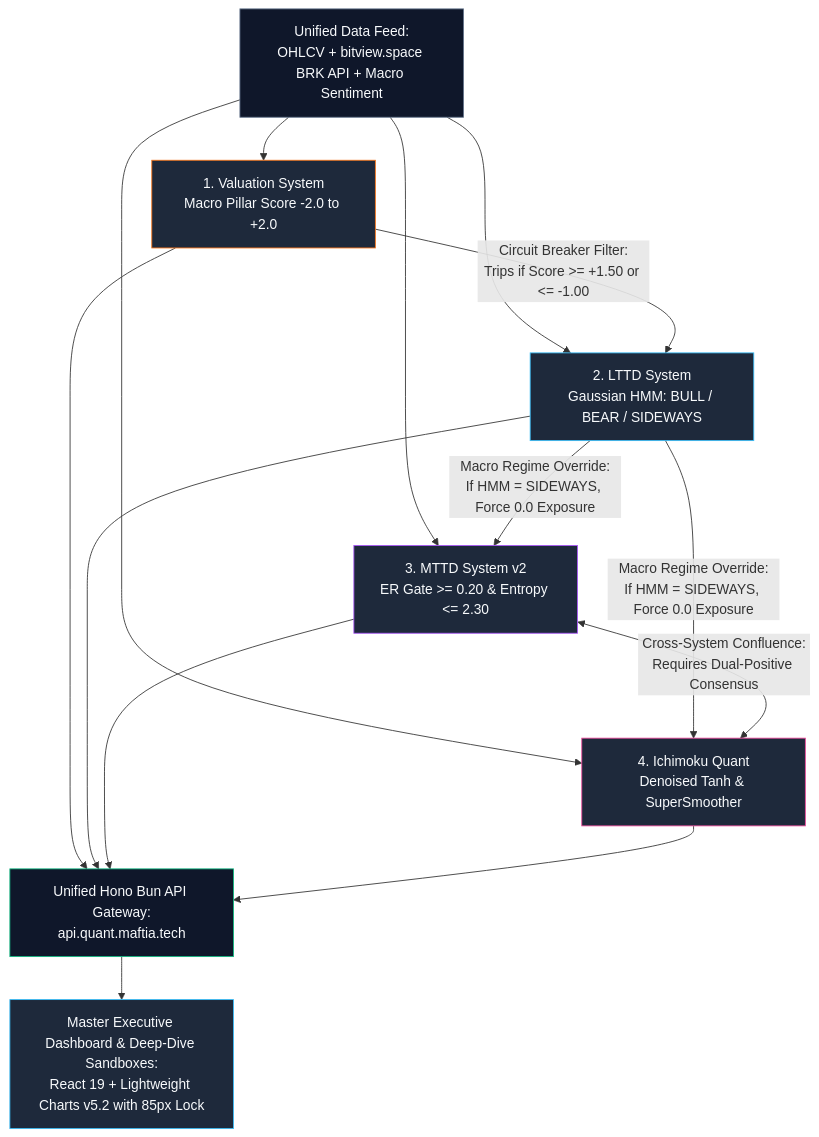
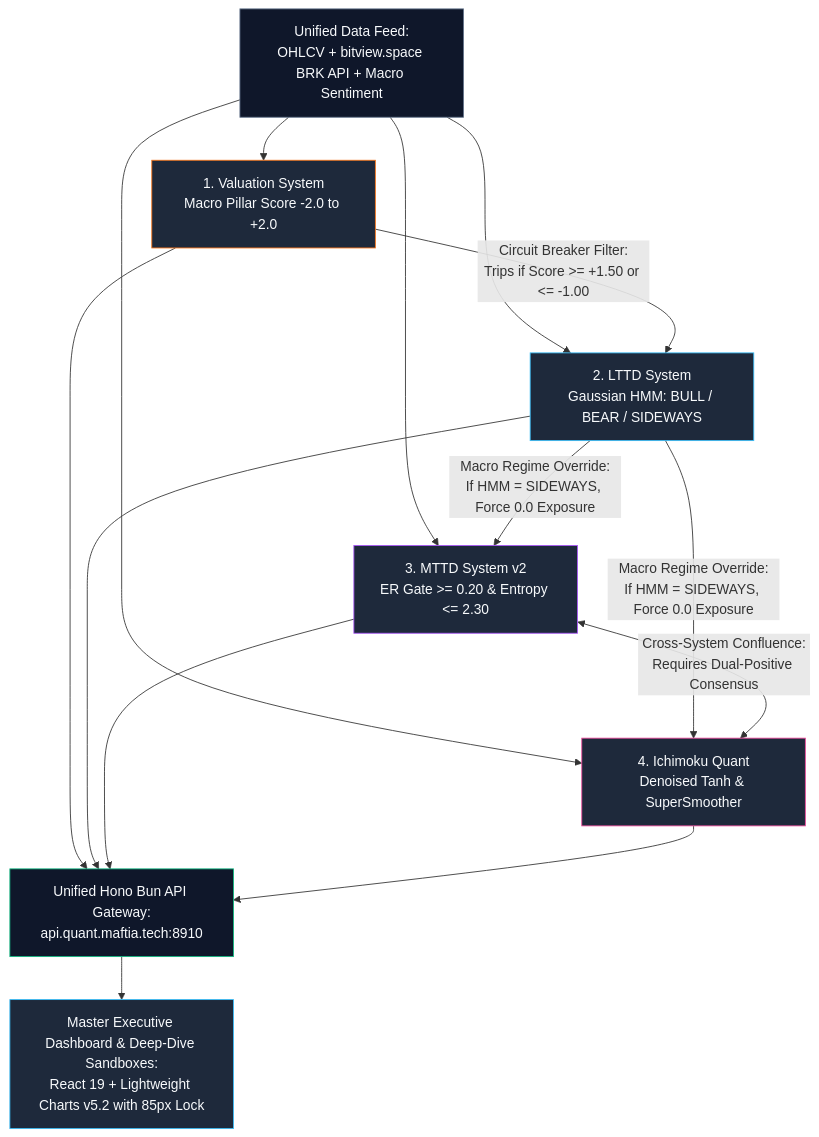
Before and after one commit to lutfi-zain/quant.maftia.tech: the diagram in README.md, drawn with Mermaid. The commit also changed other lines of this file and 14 other files, not shown here.

Commit message:
docs: consolidate architecture documentation into canonical docs/architecture/ structure and remove obsolete files

````diff
--- a/README.md
+++ b/README.md
@@ -43,24 +43,24 @@
 ```mermaid
 flowchart TD
     DATA[Unified Data Feed:<br/>OHLCV + bitview.space BRK API + Macro Sentiment] --> VAL
     DATA --> LTTD
     DATA --> MTTD
     DATA --> ICH
 
     VAL[1. Valuation System<br/>Macro Pillar Score -2.0 to +2.0] -->|Circuit Breaker Filter:<br/>Trips if Score >= +1.50 or <= -1.00| LTTD
 
     LTTD[2. LTTD System<br/>Gaussian HMM: BULL / BEAR / SIDEWAYS] -->|Macro Regime Override:<br/>If HMM = SIDEWAYS, Force 0.0 Exposure| MTTD & ICH
 
     MTTD[3. MTTD System v2<br/>ER Gate >= 0.20 & Entropy <= 2.30] <-->|Cross-System Confluence:<br/>Requires Dual-Positive Consensus| ICH[4. Ichimoku Quant<br/>Denoised Tanh & SuperSmoother]
 
-    VAL & LTTD & MTTD & ICH --> API[Unified Hono Bun API Gateway:<br/>api.quant.maftia.tech]
+    VAL & LTTD & MTTD & ICH --> API[Unified Hono Bun API Gateway:<br/>api.quant.maftia.tech:8910]
     API --> UI[Master Executive Dashboard & Deep-Dive Sandboxes:<br/>React 19 + Lightweight Charts v5.2 with 85px Lock]
 
     style DATA fill:#0f172a,stroke:#64748b,color:#f8fafc
     style VAL fill:#1e293b,stroke:#f97316,color:#f8fafc
     style LTTD fill:#1e293b,stroke:#38bdf8,color:#f8fafc
     style MTTD fill:#1e293b,stroke:#a855f7,color:#f8fafc
     style ICH fill:#1e293b,stroke:#ec4899,color:#f8fafc
     style API fill:#0f172a,stroke:#10b981,color:#f8fafc
     style UI fill:#1e293b,stroke:#38bdf8,color:#f8fafc
 ```
````
